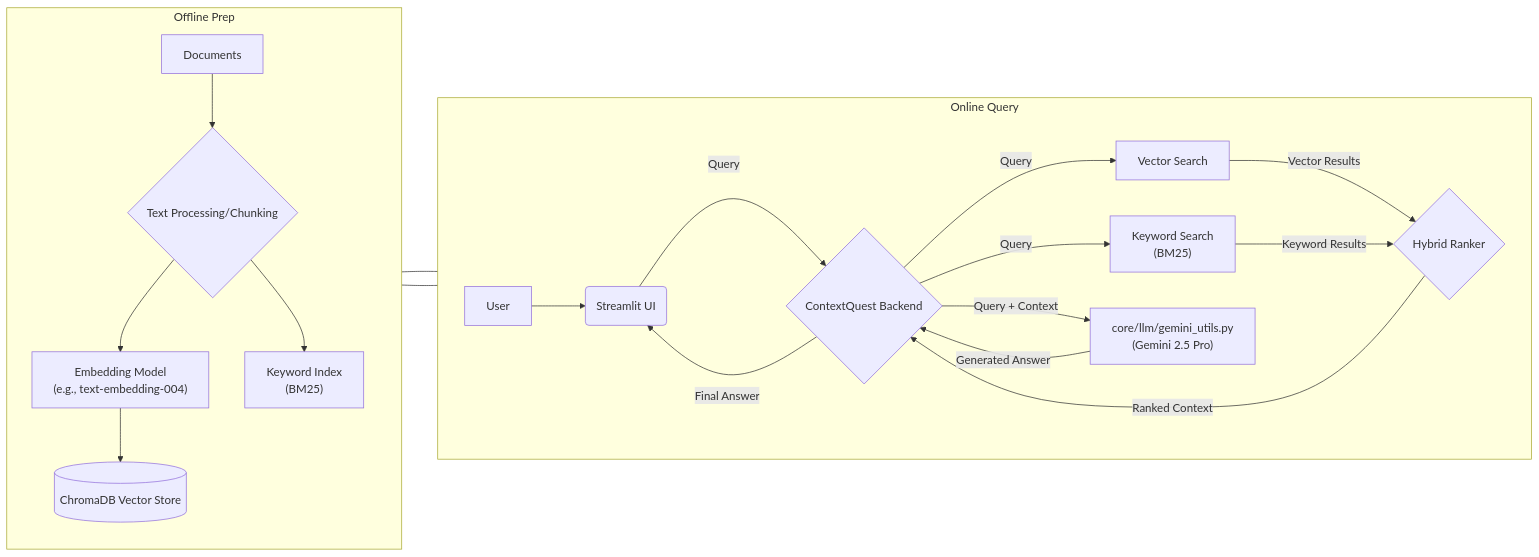
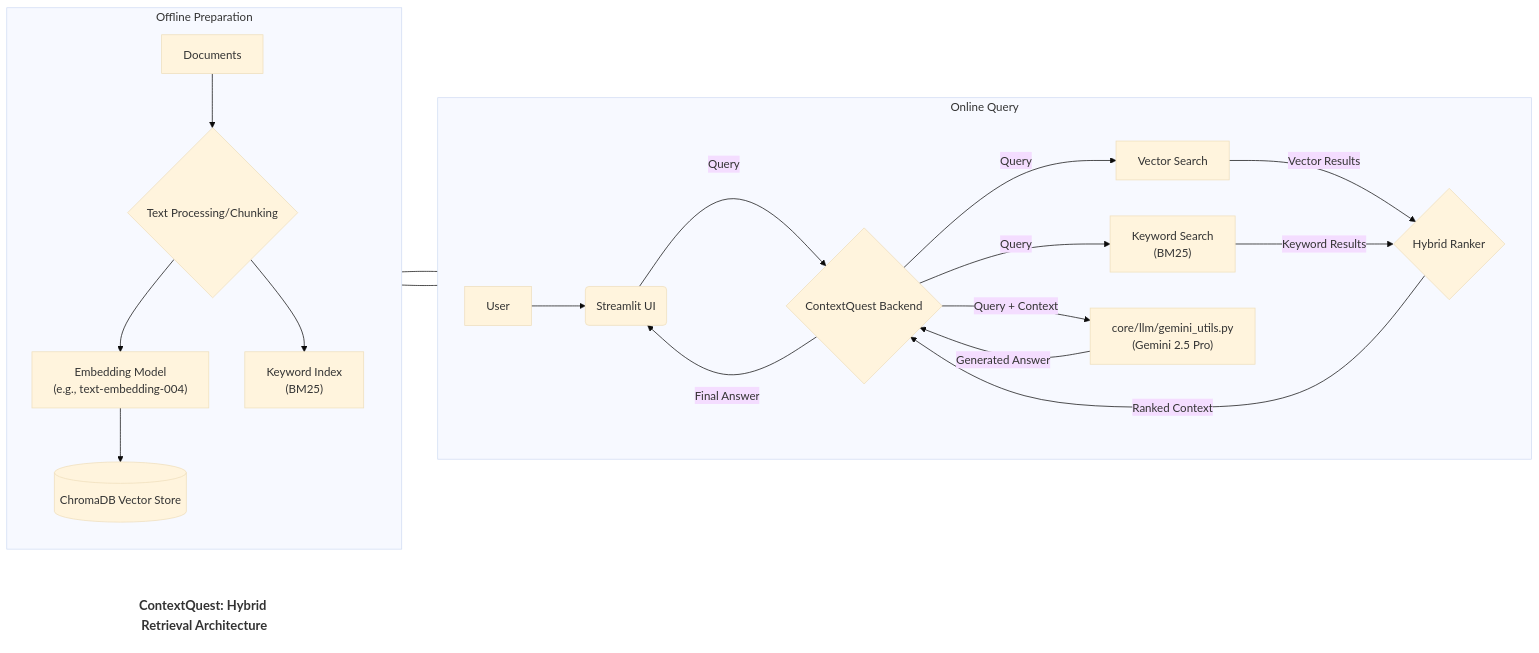
The first of 4 diagrams in docs/architecture.md (Mathews-Tom/IntelliForge-Applied-GenAI-Playbook), drawn with Mermaid before and after one commit. The commit also changed other lines of this file, not shown here.

Commit message:
Minor update in architecture graphs to include titles

````diff
--- a/docs/architecture.md
+++ b/docs/architecture.md
@@ -76,28 +76,36 @@
     ```mermaid
+    %%{init: {'theme': 'base', 'themeVariables': { 'titleColor': '#333', 'titleFontSize': '20px'}}}%%
     graph LR
-        subgraph Offline Prep
+        %% Title at the top
+        classDef titleClass fill:none,stroke:none,color:#333,font-size:18px,font-weight:bold;
+        title["ContextQuest: Hybrid Retrieval Architecture"]:::titleClass;
+
+        subgraph Offline Preparation
             direction TB
             Prep1[Documents] --> Prep2{Text Processing/Chunking};
             Prep2 --> Prep3["Embedding Model <br> (e.g., text-embedding-004)"];
             Prep3 --> Prep4[(ChromaDB Vector Store)];
             Prep2 --> Prep5["Keyword Index <br> (BM25)"];
         end
 
         subgraph Online Query
             direction LR
             A[User] --> B(Streamlit UI);
             B -- Query --> C{ContextQuest Backend};
             C -- Query --> D[Vector Search];
             D -- Vector Results --> F{Hybrid Ranker};
             C -- Query --> E["Keyword Search <br> (BM25)"];
             E -- Keyword Results --> F;
             F -- Ranked Context --> C;
             C -- Query + Context --> G["core/llm/gemini_utils.py <br> (Gemini 2.5 Pro)"];
             G -- Generated Answer --> C;
             C -- Final Answer --> B;
         end
 
        %% Link offline stores to online retrieval components
        Prep4 --- D;
        Prep5 --- E;
+
+       %% Position title at the top
+       
     ```
````
